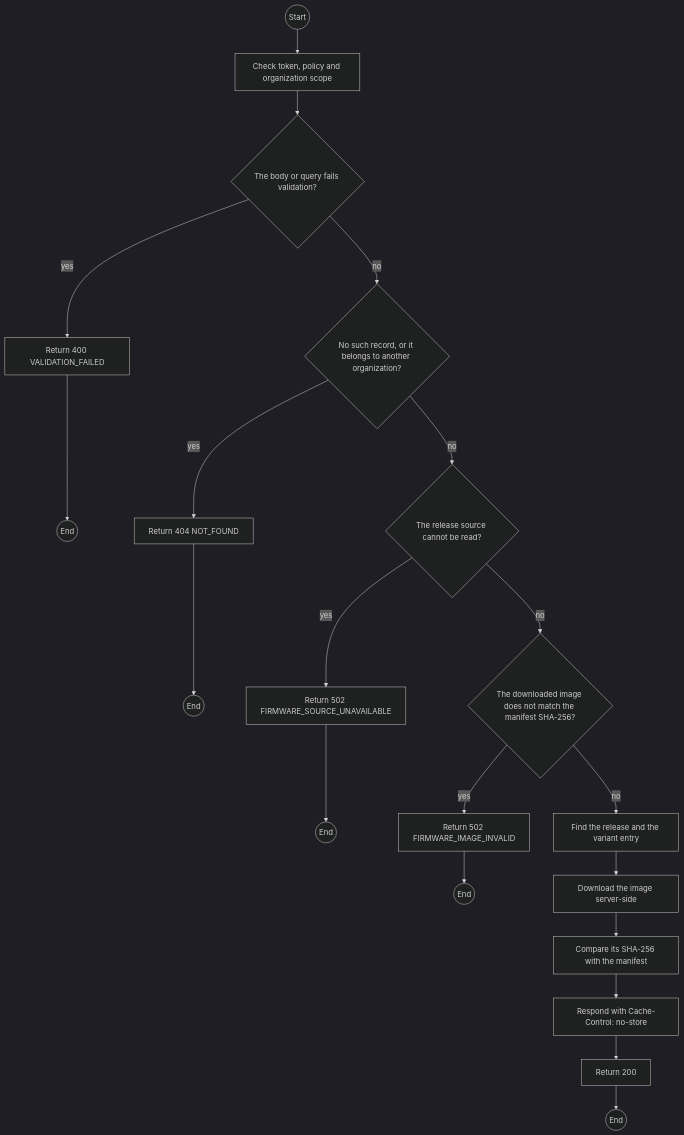
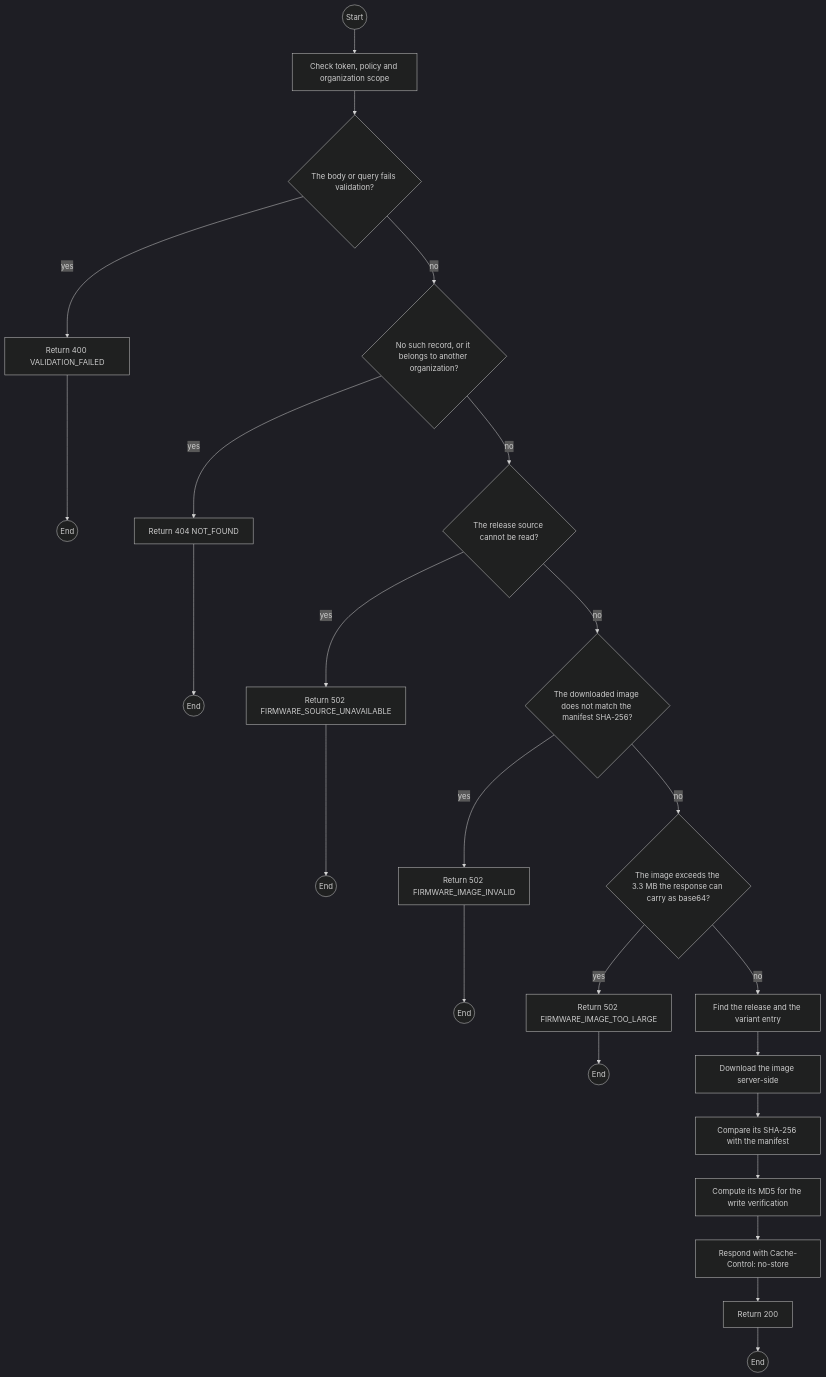
One commit to TrekLink-Team/treklink-web changed the first of 2 diagrams in specs/devices/api-design/29-get-firmware-releases-version-images-variantcode.md. Above: the diagram before and after it, drawn with Mermaid (dark theme). The commit also changed other lines of this file and 9 other files, not shown here.

````diff
--- a/specs/devices/api-design/29-get-firmware-releases-version-images-variantcode.md
+++ b/specs/devices/api-design/29-get-firmware-releases-version-images-variantcode.md
@@ -170,37 +188,44 @@
 ```mermaid
 flowchart TB
     S((Start))
     A0["Check token, policy and organization scope"]
     S --> A0
     D1{"The body or query fails validation?"}
     A0 --> D1
     E1["Return 400 VALIDATION_FAILED"]
     D1 -->|yes| E1
     E1 --> X1((End))
     D2{"No such record, or it belongs to another organization?"}
     D1 -->|no| D2
     E2["Return 404 NOT_FOUND"]
     D2 -->|yes| E2
     E2 --> X2((End))
     D3{"The release source cannot be read?"}
     D2 -->|no| D3
     E3["Return 502 FIRMWARE_SOURCE_UNAVAILABLE"]
     D3 -->|yes| E3
     E3 --> X3((End))
     D4{"The downloaded image does not match the manifest SHA-256?"}
     D3 -->|no| D4
     E4["Return 502 FIRMWARE_IMAGE_INVALID"]
     D4 -->|yes| E4
     E4 --> X4((End))
+    D5{"The image exceeds the 3.3 MB the response can carry as base64?"}
+    D4 -->|no| D5
+    E5["Return 502 FIRMWARE_IMAGE_TOO_LARGE"]
+    D5 -->|yes| E5
+    E5 --> X5((End))
     P0["Find the release and the variant entry"]
-    D4 -->|no| P0
+    D5 -->|no| P0
     P1["Download the image server-side"]
     P0 --> P1
     P2["Compare its SHA-256 with the manifest"]
     P1 --> P2
-    P3["Respond with Cache-Control: no-store"]
+    P3["Compute its MD5 for the write verification"]
     P2 --> P3
+    P4["Respond with Cache-Control: no-store"]
+    P3 --> P4
     OK["Return 200"]
-    P3 --> OK
+    P4 --> OK
     OK --> Z((End))
 ```
````
